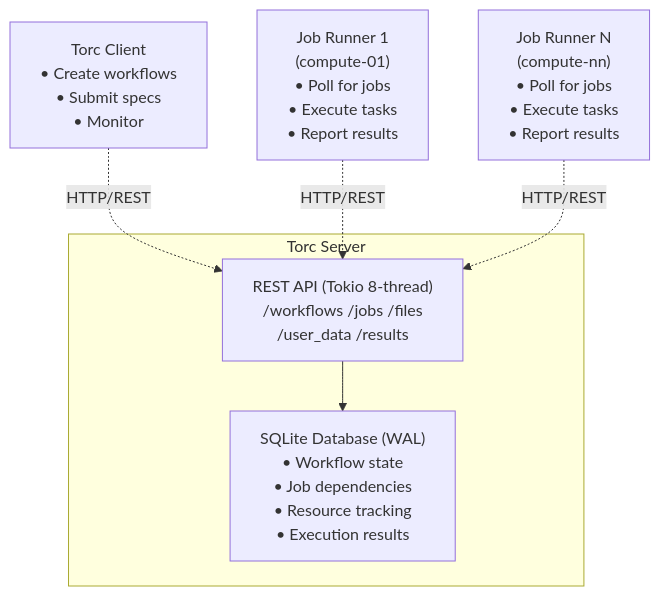
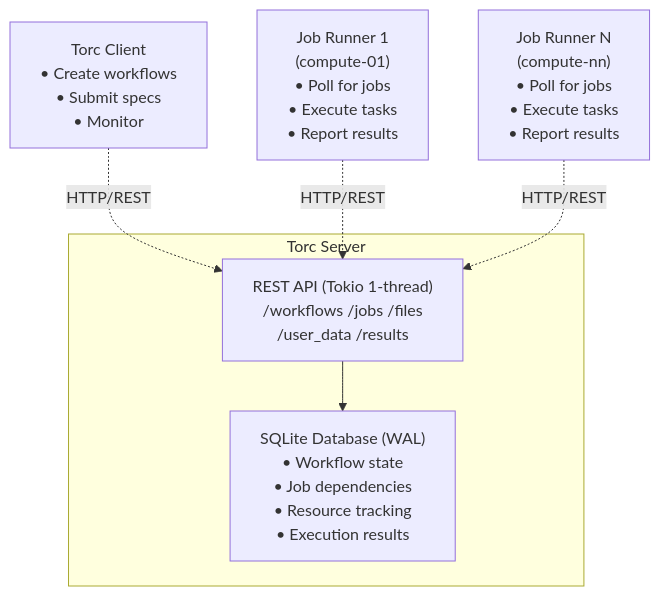
Before and after one commit to NREL/torc: the diagram in docs/src/explanation/architecture.md, drawn with Mermaid. The commit also changed 11 other files, not shown here.

````diff
--- a/docs/src/explanation/architecture.md
+++ b/docs/src/explanation/architecture.md
@@ -16,16 +16,16 @@
 ```mermaid
 graph TB
     subgraph Server["Torc Server"]
-        API["REST API (Tokio 8-thread)<br/>/workflows /jobs /files<br/>/user_data /results"]
+        API["REST API (Tokio 1-thread)<br/>/workflows /jobs /files<br/>/user_data /results"]
         DB["SQLite Database (WAL)<br/>• Workflow state<br/>• Job dependencies<br/>• Resource tracking<br/>• Execution results"]
         API --> DB
     end
 
     Client["Torc Client<br/>• Create workflows<br/>• Submit specs<br/>• Monitor"]
     Runner1["Job Runner 1<br/>(compute-01)<br/>• Poll for jobs<br/>• Execute tasks<br/>• Report results"]
     RunnerN["Job Runner N<br/>(compute-nn)<br/>• Poll for jobs<br/>• Execute tasks<br/>• Report results"]
 
     Client -.HTTP/REST.-> API
     Runner1 -.HTTP/REST.-> API
     RunnerN -.HTTP/REST.-> API
 ```
````
